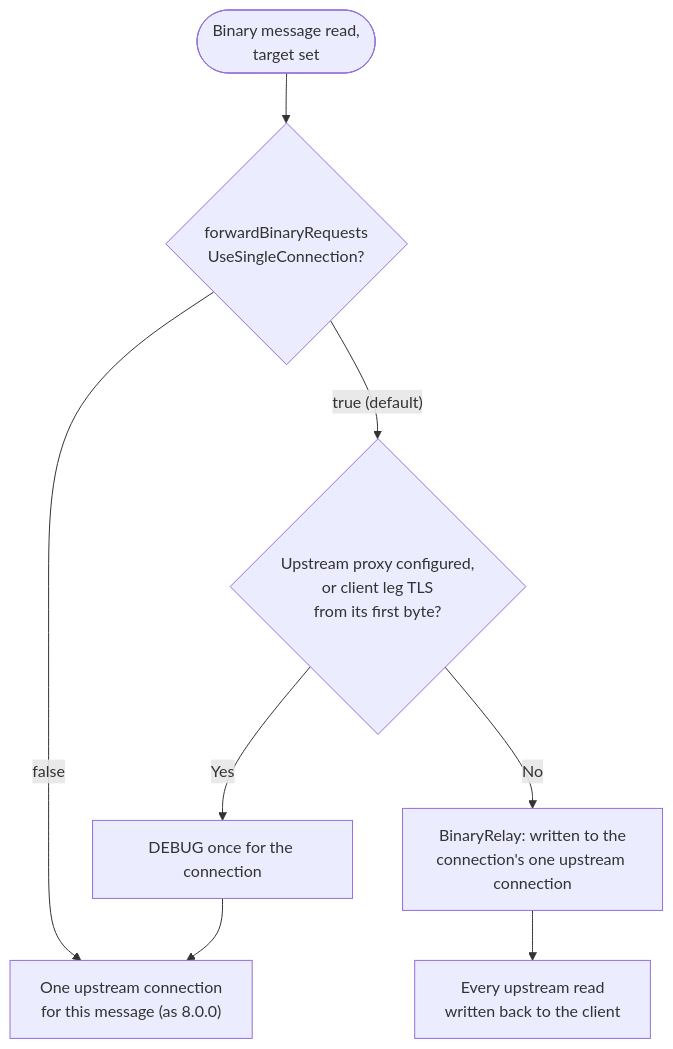
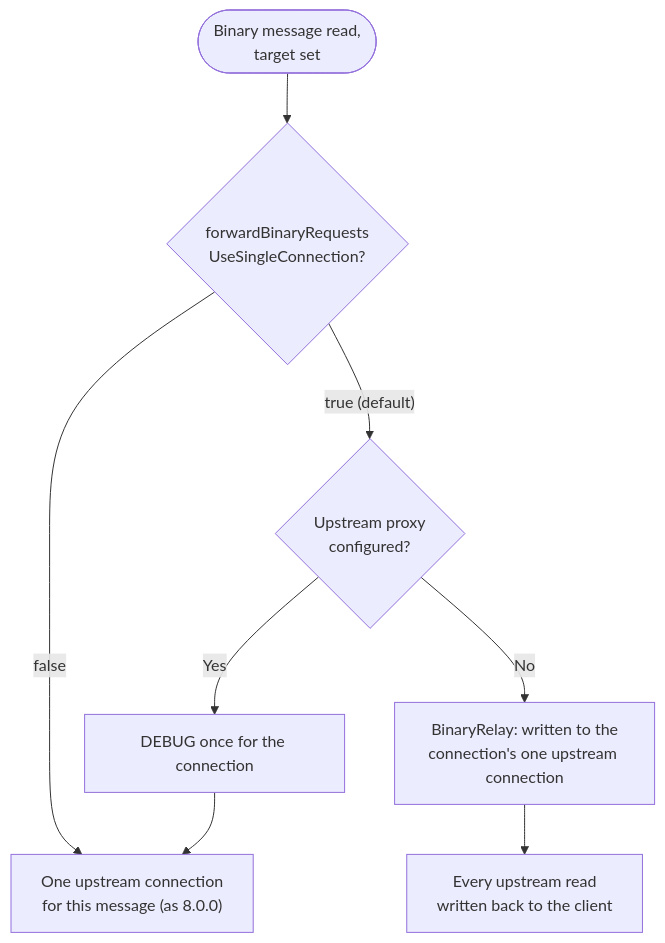
Before and after one commit to inspire12/mockserver: diagram 29 of 32 in docs/code/netty-pipeline.md, drawn with Mermaid. The commit also changed other lines of this file and 21 other files, not shown here.

````diff
--- a/docs/code/netty-pipeline.md
+++ b/docs/code/netty-pipeline.md
@@ -2318,16 +2318,15 @@
 ```mermaid
 flowchart TD
     MSG(["Binary message read,
 target set"]) --> ON{"forwardBinaryRequests
 UseSingleConnection?"}
     ON -->|"false"| PER["One upstream connection
 for this message (as 8.0.0)"]
-    ON -->|"true (default)"| WHY{"Upstream proxy configured,
-or client leg TLS
-from its first byte?"}
+    ON -->|"true (default)"| WHY{"Upstream proxy
+configured?"}
     WHY -->|"Yes"| DEBUG["DEBUG once for the connection"] --> PER
     WHY -->|"No"| RELAY["BinaryRelay: written to the
 connection's one upstream connection"]
     RELAY --> BACK["Every upstream read
 written back to the client"]
 ```
````
